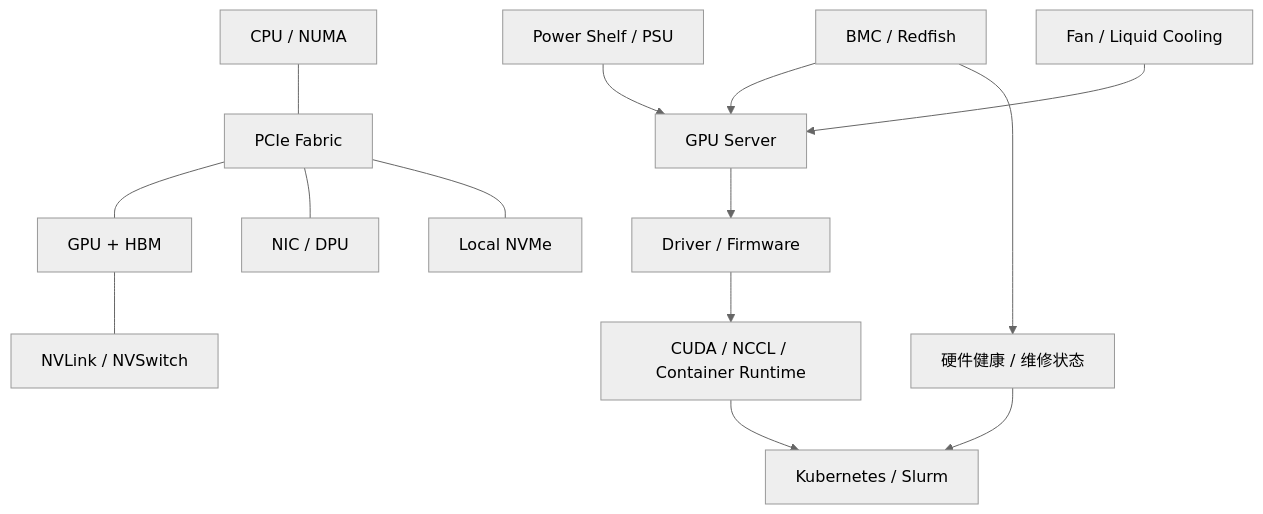
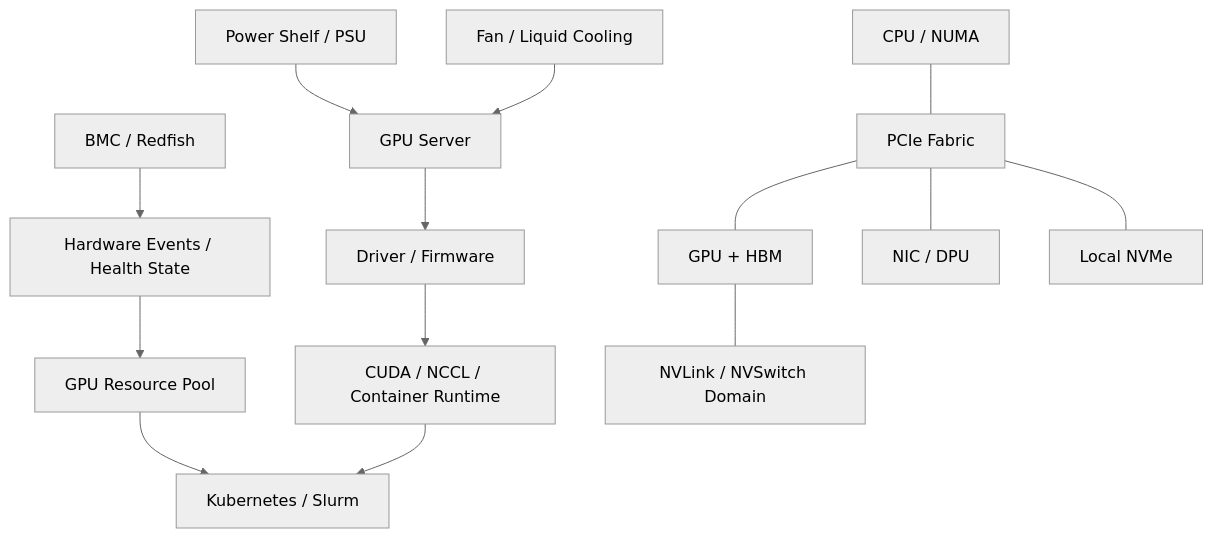
The diagram in docs/part-08-physical-infrastructure/chapter-34-gpu-server.md (ikingye/ai-factory-engineering), drawn with Mermaid (neutral theme) before and after one commit. The commit also changed other lines of this file and 2 other files, not shown here.

````diff
--- a/docs/part-08-physical-infrastructure/chapter-34-gpu-server.md
+++ b/docs/part-08-physical-infrastructure/chapter-34-gpu-server.md
@@ -23,16 +43,16 @@
 ```mermaid
 flowchart TB
-  BMC["BMC / Redfish"] --> Host["GPU Server"]
-  Power["Power Shelf / PSU"] --> Host
-  Cooling["Fan / Liquid Cooling"] --> Host
+  BMC["BMC / Redfish"] --> Health["Hardware Events / Health State"]
+  Power["Power Shelf / PSU"] --> Server["GPU Server"]
+  Cooling["Fan / Liquid Cooling"] --> Server
   CPU["CPU / NUMA"] --- PCIe["PCIe Fabric"]
   PCIe --- GPU["GPU + HBM"]
-  GPU --- NVLink["NVLink / NVSwitch"]
+  GPU --- NVLink["NVLink / NVSwitch Domain"]
   PCIe --- NIC["NIC / DPU"]
   PCIe --- NVMe["Local NVMe"]
-  Host --> Driver["Driver / Firmware"]
+  Health --> Pool["GPU Resource Pool"]
+  Server --> Driver["Driver / Firmware"]
   Driver --> Runtime["CUDA / NCCL / Container Runtime"]
   Runtime --> Scheduler["Kubernetes / Slurm"]
-  BMC --> Health["硬件健康 / 维修状态"]
-  Health --> Scheduler
+  Pool --> Scheduler
 ```
````
